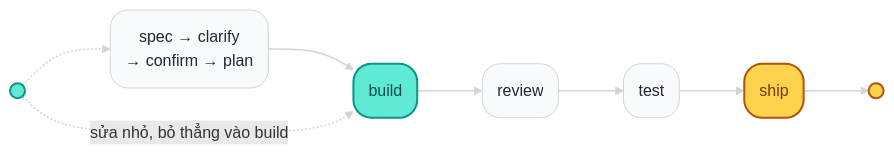
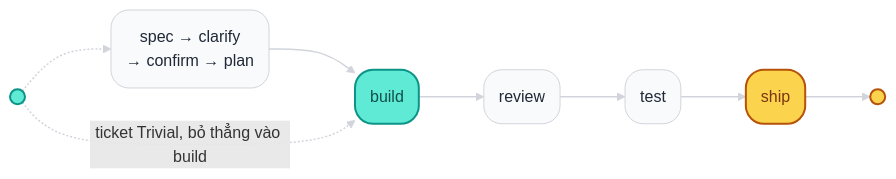
The diagram in README.vi.md (ninhlee99/dev-workflow), drawn with Mermaid before and after one commit. The commit also changed other lines of this file and 9 other files, not shown here.

````diff
--- a/README.vi.md
+++ b/README.vi.md
@@ -48,11 +48,11 @@
 ```mermaid
 %%{init: {"flowchart": {"curve": "basis", "nodeSpacing": 45, "rankSpacing": 65}}}%%
 flowchart LR
     start((" ")):::fast -.-> spec("spec → clarify\n→ confirm → plan"):::default --> build("build"):::fast --> review("review"):::default --> test("test"):::default --> ship("ship"):::gate --> audit((" ")):::gate
-    start -. sửa nhỏ, bỏ thẳng vào build .-> build
+    start -. ticket Trivial, bỏ thẳng vào build .-> build
 
     classDef default fill:#f9fafb,stroke:#d1d5db,stroke-width:1px,color:#1f2937,rx:18,ry:18;
     classDef fast fill:#5eead4,stroke:#0d9488,stroke-width:2px,color:#134e4a;
     classDef gate fill:#fcd34d,stroke:#b45309,stroke-width:2px,color:#78350f;
     linkStyle default stroke:#d1d5db,stroke-width:1.5px
 ```
````
